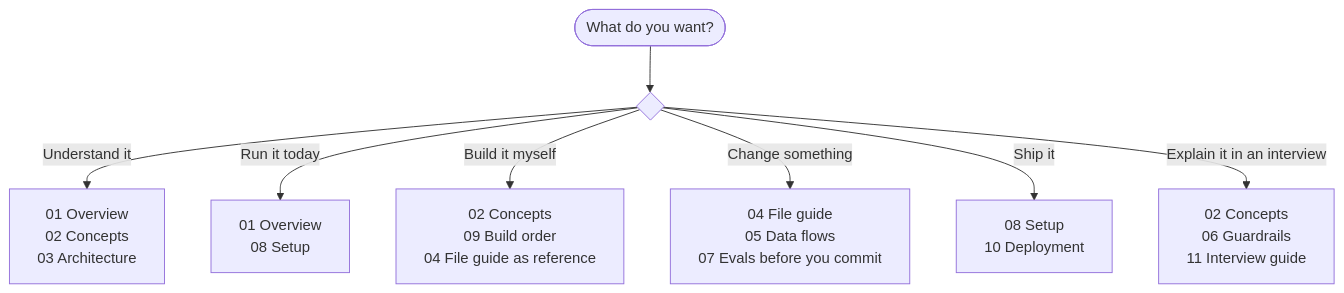
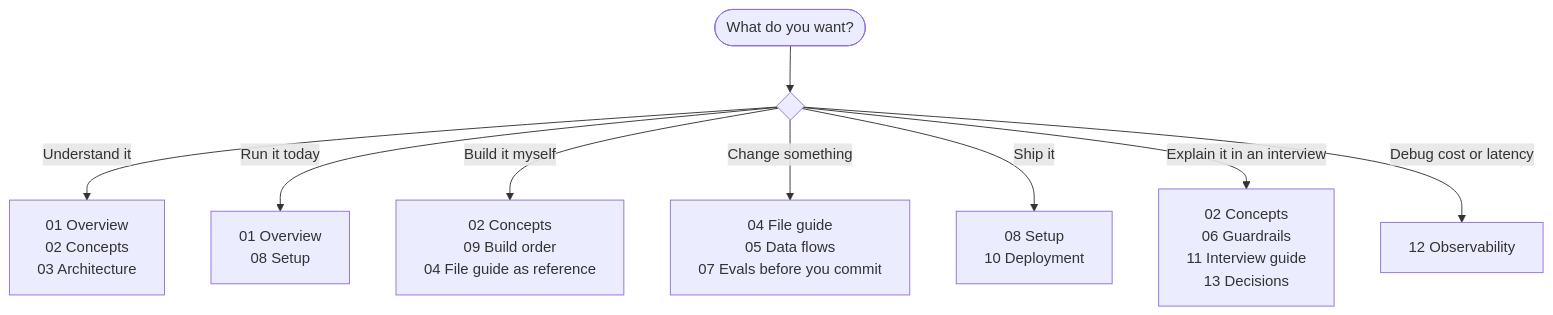
The diagram in docs/README.md (X-Rachit-X/AI_Secretary), drawn with Mermaid before and after one commit. The commit also changed other lines of this file and 48 other files, not shown here.

````diff
--- a/docs/README.md
+++ b/docs/README.md
@@ -28,11 +30,12 @@
 ```mermaid
 flowchart TD
     START([What do you want?]) --> A{" "}
 
     A -->|"Understand it"| P1["01 Overview<br/>02 Concepts<br/>03 Architecture"]
     A -->|"Run it today"| P2["01 Overview<br/>08 Setup"]
     A -->|"Build it myself"| P3["02 Concepts<br/>09 Build order<br/>04 File guide as reference"]
     A -->|"Change something"| P4["04 File guide<br/>05 Data flows<br/>07 Evals before you commit"]
     A -->|"Ship it"| P5["08 Setup<br/>10 Deployment"]
-    A -->|"Explain it in an interview"| P6["02 Concepts<br/>06 Guardrails<br/>11 Interview guide"]
+    A -->|"Explain it in an interview"| P6["02 Concepts<br/>06 Guardrails<br/>11 Interview guide<br/>13 Decisions"]
+    A -->|"Debug cost or latency"| P7["12 Observability"]
 ```
````
